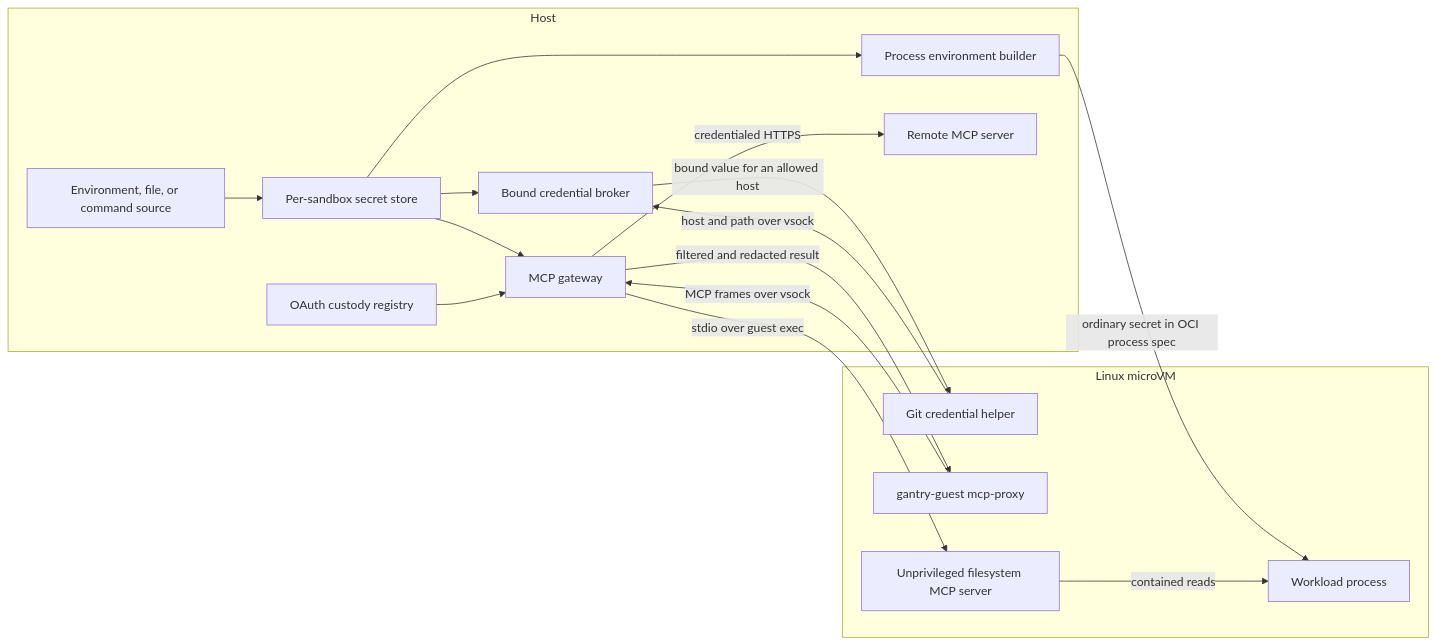
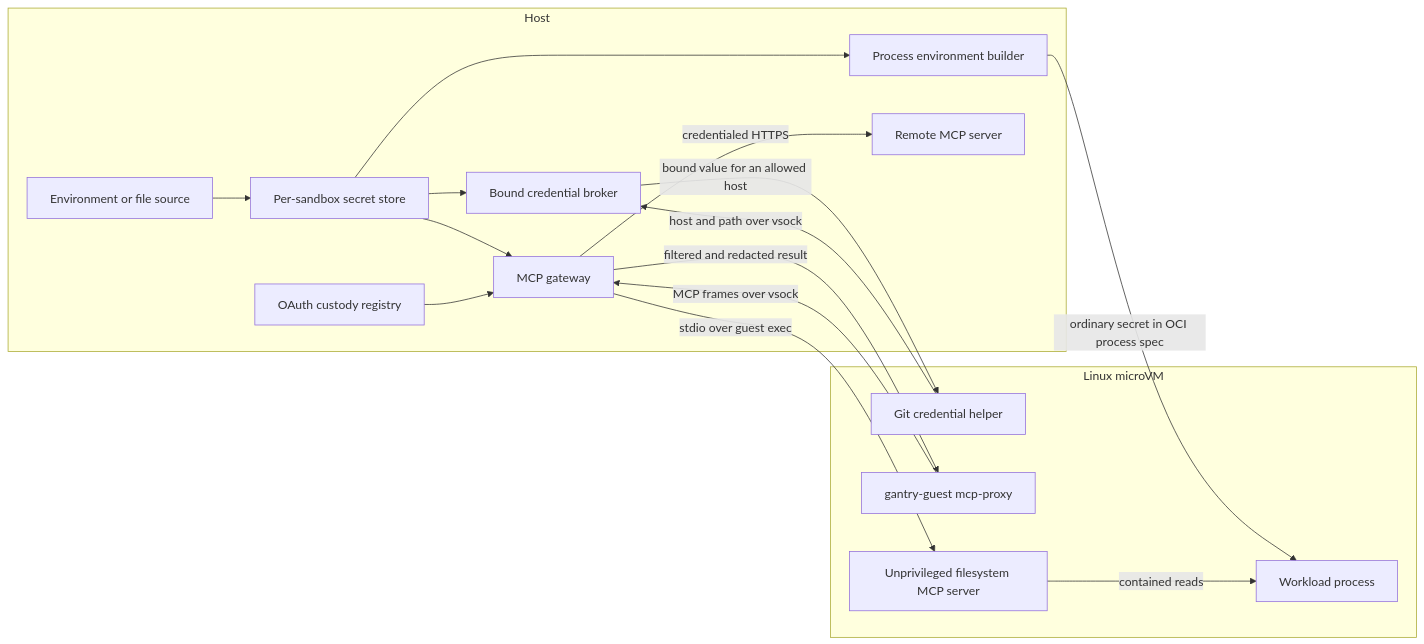
One commit to ejpir/gantry changed the diagram in docs/gantry/architecture.md. Above: the diagram before and after it, drawn with Mermaid. The commit also changed other lines of this file and 99 other files, not shown here.

````diff
--- a/docs/gantry/architecture.md
+++ b/docs/gantry/architecture.md
@@ -367,26 +376,26 @@
 ```mermaid
 flowchart LR
     subgraph H[Host]
-        SRC[Environment, file, or command source] --> STORE[Per-sandbox secret store]
+        SRC[Environment or file source] --> STORE[Per-sandbox secret store]
         STORE --> ENV[Process environment builder]
         STORE --> BROKER[Bound credential broker]
         STORE --> GW[MCP gateway]
         OAUTH[OAuth custody registry] --> GW
         GW -->|credentialed HTTPS| REMOTE[Remote MCP server]
     end
 
     subgraph V[Linux microVM]
         WORKLOAD[Workload process]
         GIT[Git credential helper]
         PROXY[gantry-guest mcp-proxy]
         LOCAL[Unprivileged filesystem MCP server]
     end
 
     ENV -->|ordinary secret in OCI process spec| WORKLOAD
     GIT -->|host and path over vsock| BROKER
     BROKER -->|bound value for an allowed host| GIT
     PROXY -->|MCP frames over vsock| GW
     GW -->|stdio over guest exec| LOCAL
     LOCAL -->|contained reads| WORKLOAD
     GW -->|filtered and redacted result| PROXY
 ```
````
